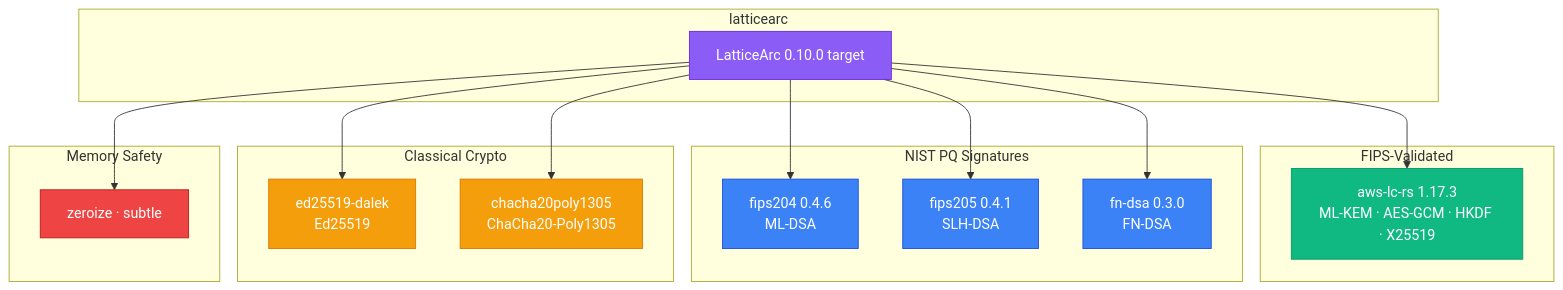
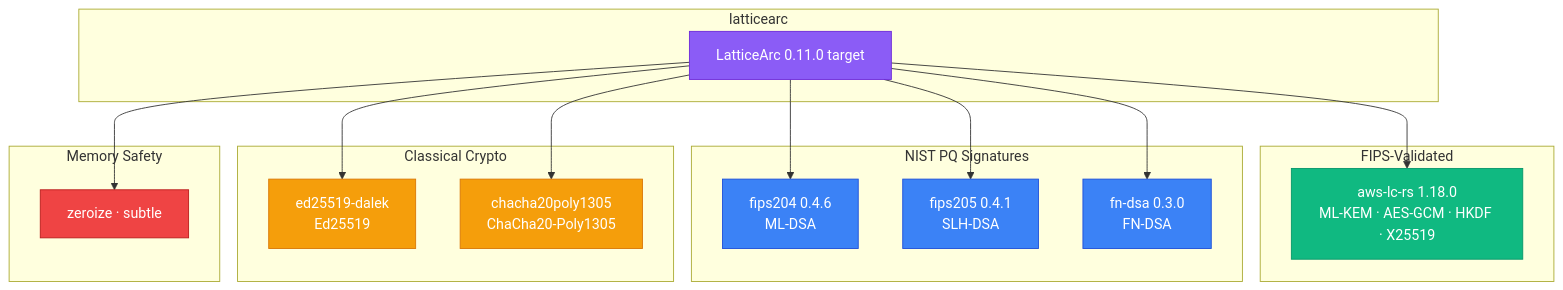
Before and after one commit to LatticeArc/latticearc: the diagram in docs/DEPENDENCY_JUSTIFICATION.md, drawn with Mermaid. The commit also changed other lines of this file and 52 other files, not shown here.

````diff
--- a/docs/DEPENDENCY_JUSTIFICATION.md
+++ b/docs/DEPENDENCY_JUSTIFICATION.md
@@ -12,45 +12,45 @@
 ```mermaid
 flowchart TB
     subgraph "latticearc"
-        LA[LatticeArc 0.10.0 target]
+        LA[LatticeArc 0.11.0 target]
     end
 
     subgraph "FIPS-Validated"
-        AWSLC["aws-lc-rs 1.17.3\nML-KEM · AES-GCM · HKDF · X25519"]
+        AWSLC["aws-lc-rs 1.18.0\nML-KEM · AES-GCM · HKDF · X25519"]
     end
 
     subgraph "NIST PQ Signatures"
         F204["fips204 0.4.6\nML-DSA"]
         F205["fips205 0.4.1\nSLH-DSA"]
         FNDSA["fn-dsa 0.3.0\nFN-DSA"]
     end
 
     subgraph "Classical Crypto"
         DALEK["ed25519-dalek\nEd25519"]
         CHA["chacha20poly1305\nChaCha20-Poly1305"]
     end
 
     subgraph "Memory Safety"
         ZERO["zeroize · subtle"]
     end
 
     LA --> AWSLC
     LA --> F204
     LA --> F205
     LA --> FNDSA
     LA --> DALEK
     LA --> CHA
     LA --> ZERO
 
     classDef main fill:#8b5cf6,stroke:#6d28d9,color:#fff
     classDef fips fill:#10b981,stroke:#059669,color:#fff
     classDef nist fill:#3b82f6,stroke:#1d4ed8,color:#fff
     classDef cl fill:#f59e0b,stroke:#d97706,color:#fff
     classDef safety fill:#ef4444,stroke:#b91c1c,color:#fff
 
     class LA main
     class AWSLC fips
     class F204,F205,FNDSA nist
     class DALEK,CHA cl
     class ZERO safety
 ```
````
